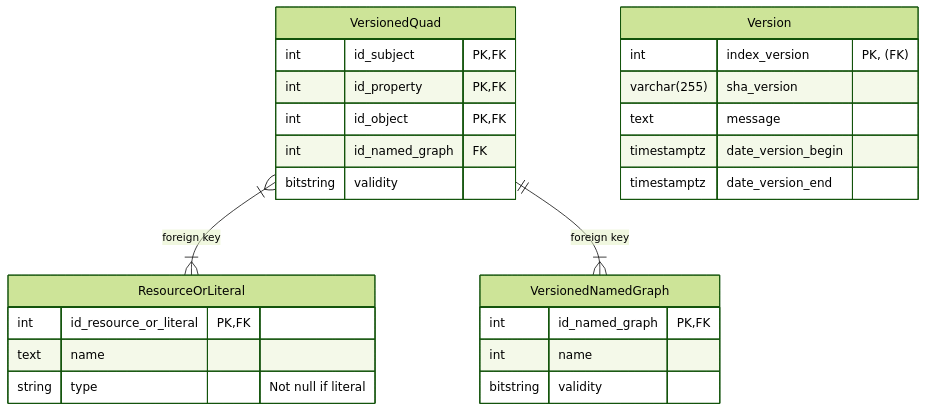
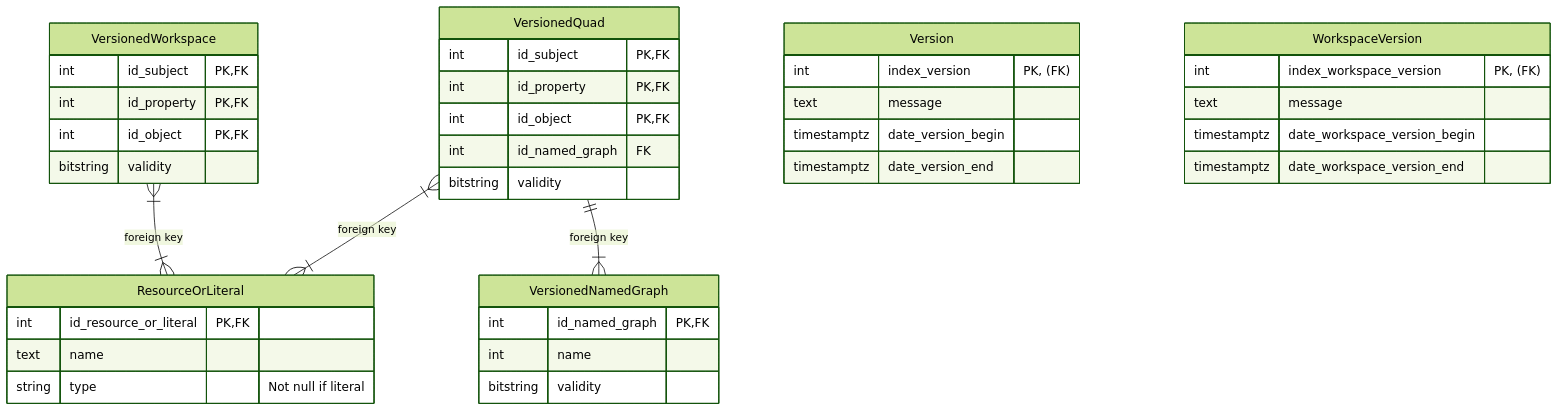
Before and after one commit to VCityTeam/ConVer-G: the first of 3 diagrams in Readme.md, drawn with Mermaid (forest theme). The commit also changed other lines of this file and 28 other files, not shown here.

Commit message:
Workspace implementation - Added workspace model     - Graph of city version implemented     - Workspace and transition import - Added some tests - Removed old dataset - Removed CompleteVersionedWorkspace class

````diff
--- a/Readme.md
+++ b/Readme.md
@@ -79,29 +79,42 @@
 ```mermaid
 erDiagram
-    VersionedQuad }|--|{ ResourceOrLiteral: "foreign key"
-    VersionedQuad ||--|{ VersionedNamedGraph: "foreign key"
-    VersionedQuad {
-        int id_subject PK, FK
-        int id_property PK, FK
-        int id_object PK, FK
-        int id_named_graph FK
-        bitstring validity
-    }
-    VersionedNamedGraph {
-        int id_named_graph PK, FK
-        int name
-        bitstring validity
-    }
-    ResourceOrLiteral {
-        int id_resource_or_literal PK, FK
-        text name
-        string type "Not null if literal"
-    }
-    Version {
-        int index_version "PK, (FK)"
-        varchar(255) sha_version
-        text message
-        timestamptz date_version_begin
-        timestamptz date_version_end
-    }
+  VersionedQuad }|--|{ ResourceOrLiteral: "foreign key"
+  VersionedWorkspace }|--|{ ResourceOrLiteral: "foreign key"
+  VersionedQuad ||--|{ VersionedNamedGraph: "foreign key"
+  VersionedQuad {
+    int id_subject PK, FK
+    int id_property PK, FK
+    int id_object PK, FK
+    int id_named_graph FK
+    bitstring validity
+  }
+  VersionedNamedGraph {
+    int id_named_graph PK, FK
+    int name
+    bitstring validity
+  }
+  ResourceOrLiteral {
+    int id_resource_or_literal PK, FK
+    text name
+    string type "Not null if literal"
+  }
+  Version {
+    int index_version "PK, (FK)"
+    text message
+    timestamptz date_version_begin
+    timestamptz date_version_end
+  }
+
+  VersionedWorkspace {
+    int id_subject PK, FK
+    int id_property PK, FK
+    int id_object PK, FK
+    bitstring validity
+  }
+  WorkspaceVersion {
+    int index_workspace_version "PK, (FK)"
+    text message
+    timestamptz date_workspace_version_begin
+    timestamptz date_workspace_version_end
+  }
 ```
````
